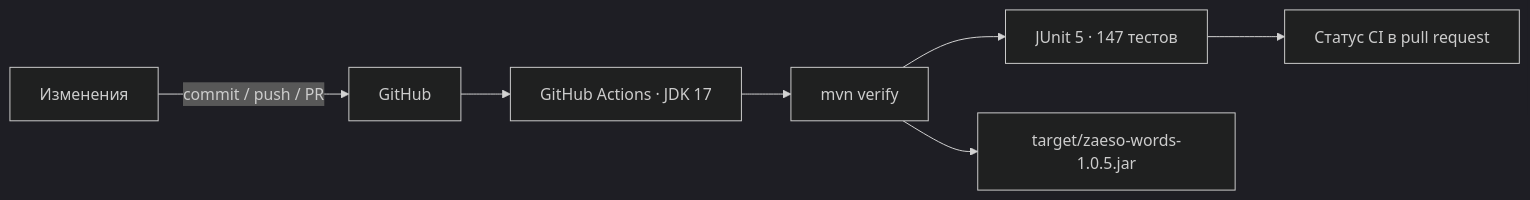
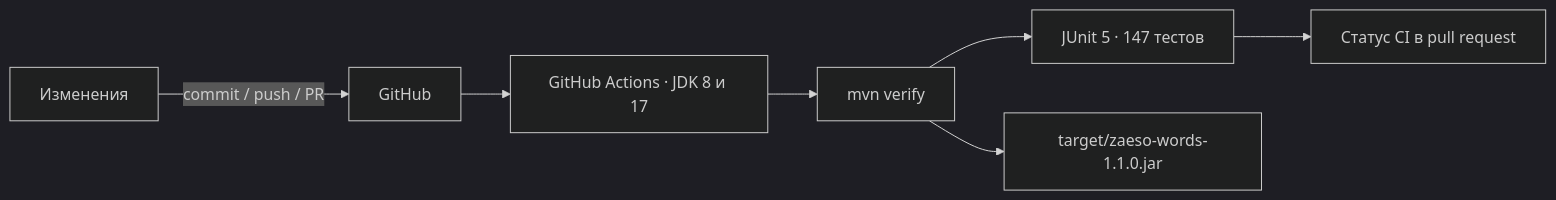
One commit to zaeso/zaeso-Words changed the third of 4 diagrams in zaeso-Words-Roadmap.md. Above: the diagram before and after it, drawn with Mermaid (dark theme). The commit also changed other lines of this file and 42 other files, not shown here.

````diff
--- a/zaeso-Words-Roadmap.md
+++ b/zaeso-Words-Roadmap.md
@@ -299,9 +300,9 @@
 ```mermaid
 flowchart LR
     DEV["Изменения"] -->|"commit / push / PR"| GH["GitHub"]
-    GH --> CI["GitHub Actions · JDK 17"]
+    GH --> CI["GitHub Actions · JDK 8 и 17"]
     CI --> MVN["mvn verify"]
     MVN --> TESTS["JUnit 5 · 147 тестов"]
-    MVN --> JAR["target/zaeso-words-1.0.5.jar"]
+    MVN --> JAR["target/zaeso-words-1.1.0.jar"]
     TESTS --> STATUS["Статус CI в pull request"]
 ```
````
